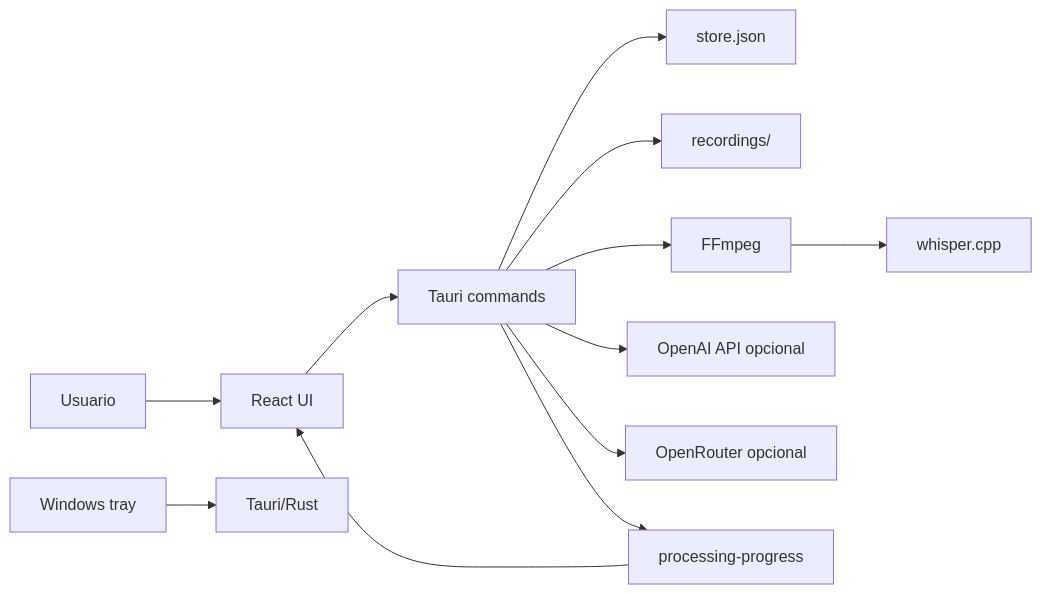
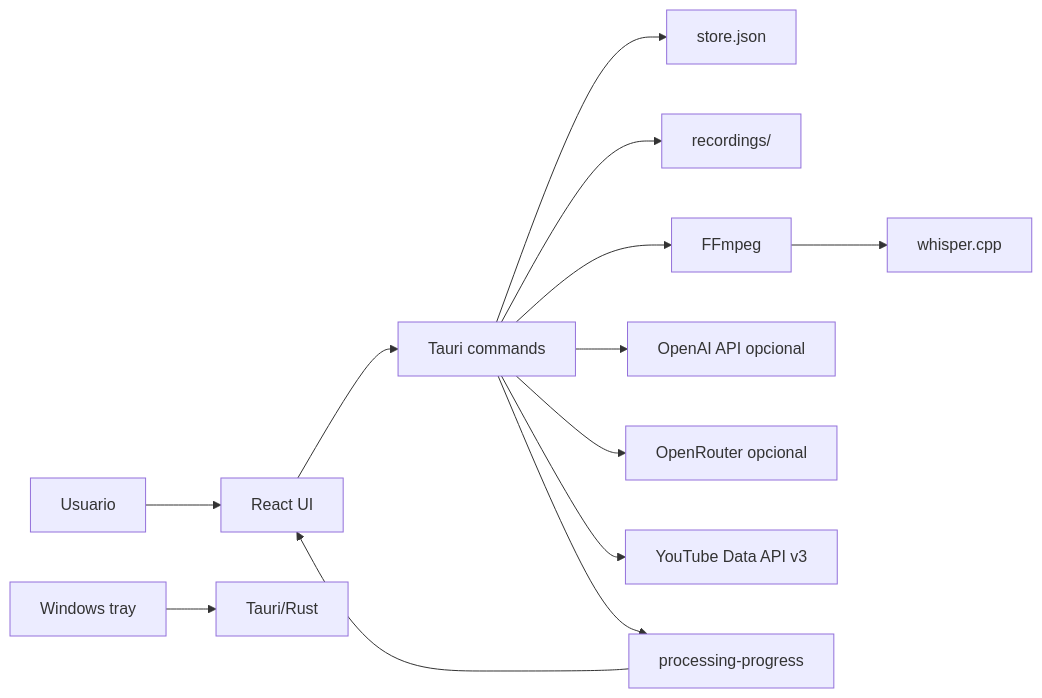
One commit to juliomarquesjr/meeting-vault-tauri changed the first of 4 diagrams in docs/architecture.md. Above: the diagram before and after it, drawn with Mermaid. The commit also changed other lines of this file and 9 other files, not shown here.

Commit message:
feat: implement YouTube integration with OAuth 2.0 and resumable upload API; add streaming recording to disk for long sessions

````diff
--- a/docs/architecture.md
+++ b/docs/architecture.md
@@ -17,14 +17,15 @@
 ```mermaid
 flowchart LR
   User["Usuario"] --> UI["React UI"]
   Tray["Windows tray"] --> Tauri["Tauri/Rust"]
   UI --> Commands["Tauri commands"]
   Commands --> Store["store.json"]
   Commands --> Files["recordings/"]
   Commands --> FFmpeg["FFmpeg"]
   FFmpeg --> Whisper["whisper.cpp"]
   Commands --> API["OpenAI API opcional"]
   Commands --> OpenRouter["OpenRouter opcional"]
+  Commands --> YouTube["YouTube Data API v3"]
   Commands --> Events["processing-progress"]
   Events --> UI
 ```
````
